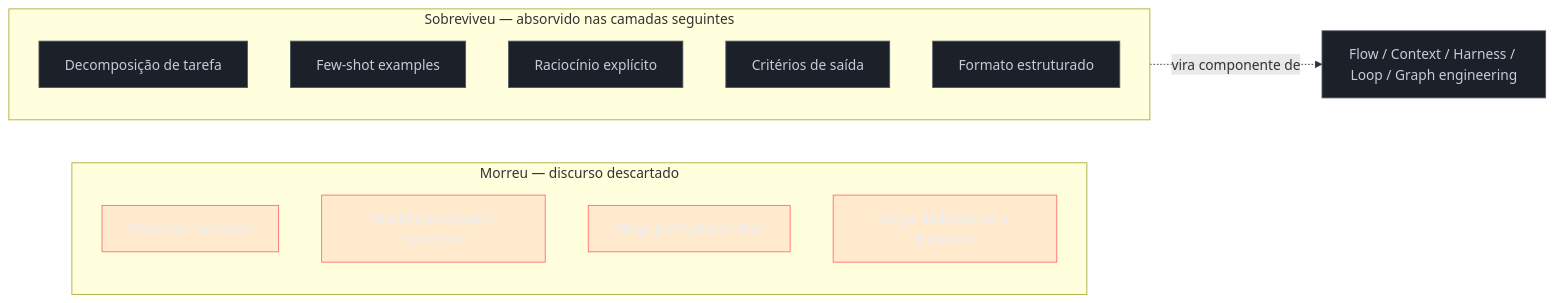
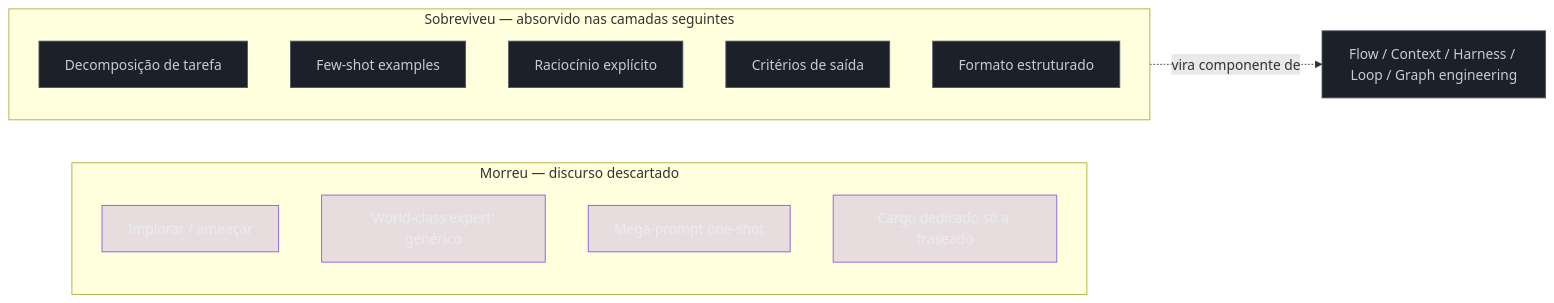
The second of 2 diagrams in 03-Dominios/Tecnologia/IA/Evolução da Engenharia de IA/02 - Prompt engineering — o que morreu e o que sobrou.md (josenaldo/codex-technomanticus), drawn with Mermaid before and after one commit. The commit also changed other lines of this file and 601 other files, not shown here.

````diff
--- a/03-Dominios/Tecnologia/IA/Evolução da Engenharia de IA/02 - Prompt engineering — o que morreu e o que sobrou.md
+++ b/03-Dominios/Tecnologia/IA/Evolução da Engenharia de IA/02 - Prompt engineering — o que morreu e o que sobrou.md
@@ -194,30 +194,30 @@
 ```mermaid
 graph LR
-    classDef falha fill:#FF6B6B24,stroke:#FF6B6B,color:#E9ECF2
+    classDef marca fill:#8855DF33,stroke:#8855DF,color:#E9ECF2
     classDef neutro fill:#1B2029,stroke:#4E5666,color:#C6CCD8
     subgraph M["Morreu — discurso descartado"]
         T1["Implorar / ameaçar"]
         T2["'World-class expert' genérico"]
         T3["Mega-prompt one-shot"]
         T4["Cargo dedicado só a fraseado"]
     end
     subgraph S["Sobreviveu — absorvido nas camadas seguintes"]
         F1["Decomposição de tarefa"]
         F2["Few-shot examples"]
         F3["Raciocínio explícito"]
         F4["Critérios de saída"]
         F5["Formato estruturado"]
     end
     S -.->|"vira componente de"| C["Flow / Context / Harness / Loop / Graph engineering"]
 
-    class T1 falha
-    class T2 falha
-    class T3 falha
-    class T4 falha
+    class T1 marca
+    class T2 marca
+    class T3 marca
+    class T4 marca
     class F1 neutro
     class F2 neutro
     class F3 neutro
     class F4 neutro
     class F5 neutro
     class C neutro
 ```
````
